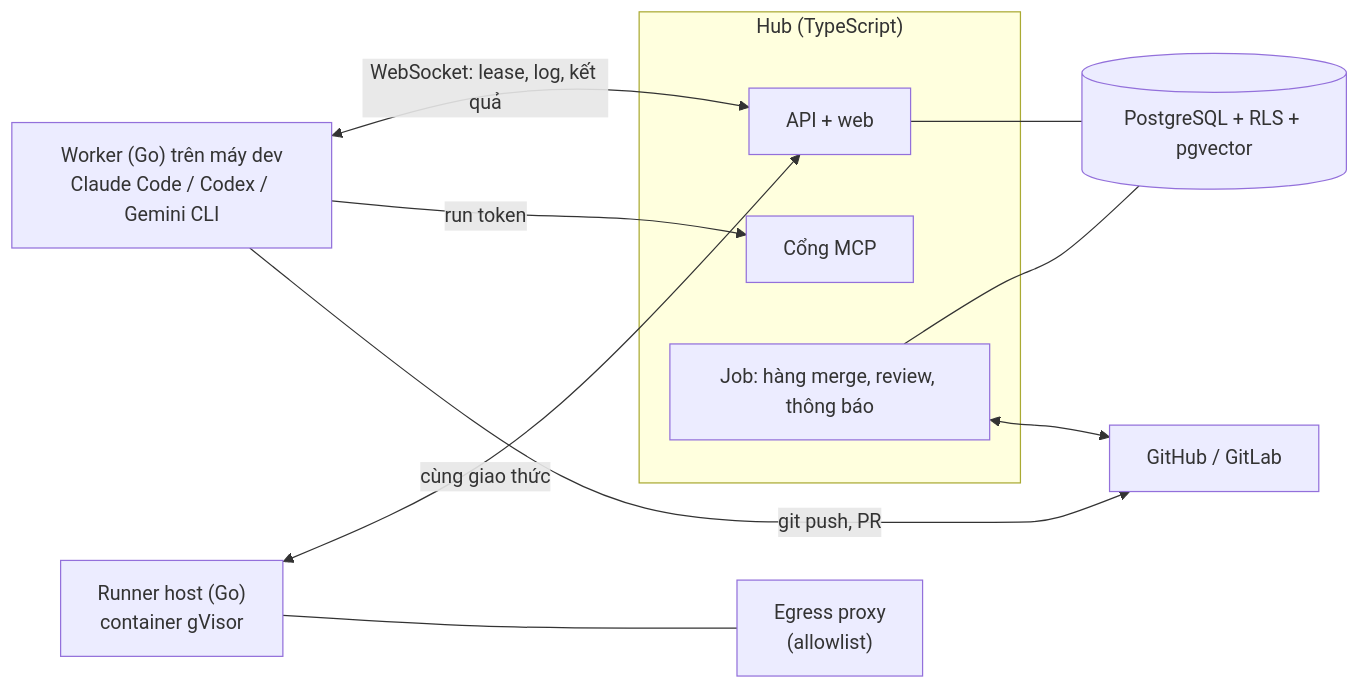
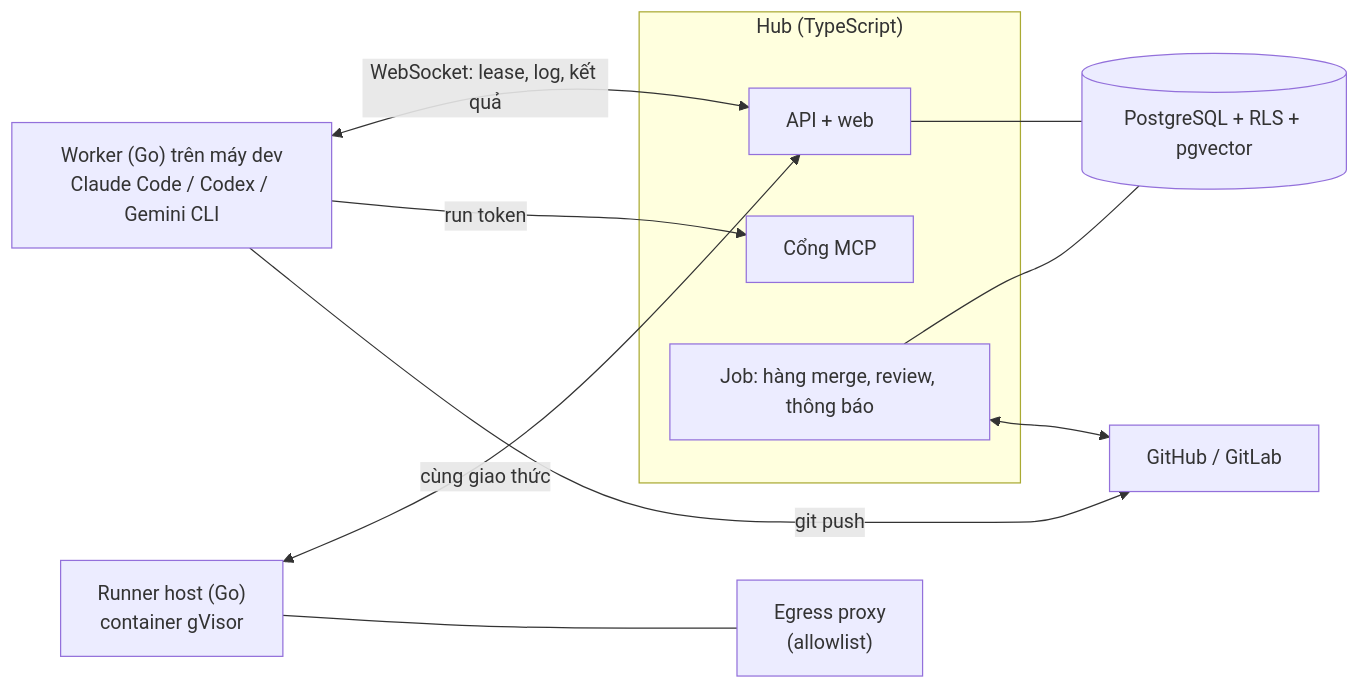
One commit to tdduydev/xdev-hive changed the first of 2 diagrams in README.vi.md. Above: the diagram before and after it, drawn with Mermaid. The commit also changed other lines of this file and 8 other files, not shown here.

First line of the commit message:
docs: Architecture Design Document, mô hình triển khai, đối chiếu architecture.md với code

````diff
--- a/README.vi.md
+++ b/README.vi.md
@@ -56,22 +56,22 @@
 ```mermaid
 flowchart LR
   subgraph Hub["Hub (TypeScript)"]
     API["API + web"]
     MCP["Cổng MCP"]
     Jobs["Job: hàng merge, review, thông báo"]
   end
   DB[("PostgreSQL + RLS + pgvector")]
   W["Worker (Go) trên máy dev\nClaude Code / Codex / Gemini CLI"]
   RH["Runner host (Go)\ncontainer gVisor"]
   EP["Egress proxy\n(allowlist)"]
   SCM["GitHub / GitLab"]
 
   API --- DB
   Jobs --- DB
   W <-->|"WebSocket: lease, log, kết quả"| API
   RH <-->|"cùng giao thức"| API
   RH --- EP
   W -->|"run token"| MCP
   Jobs <--> SCM
-  W -->|"git push, PR"| SCM
+  W -->|"git push"| SCM
 ```
````
